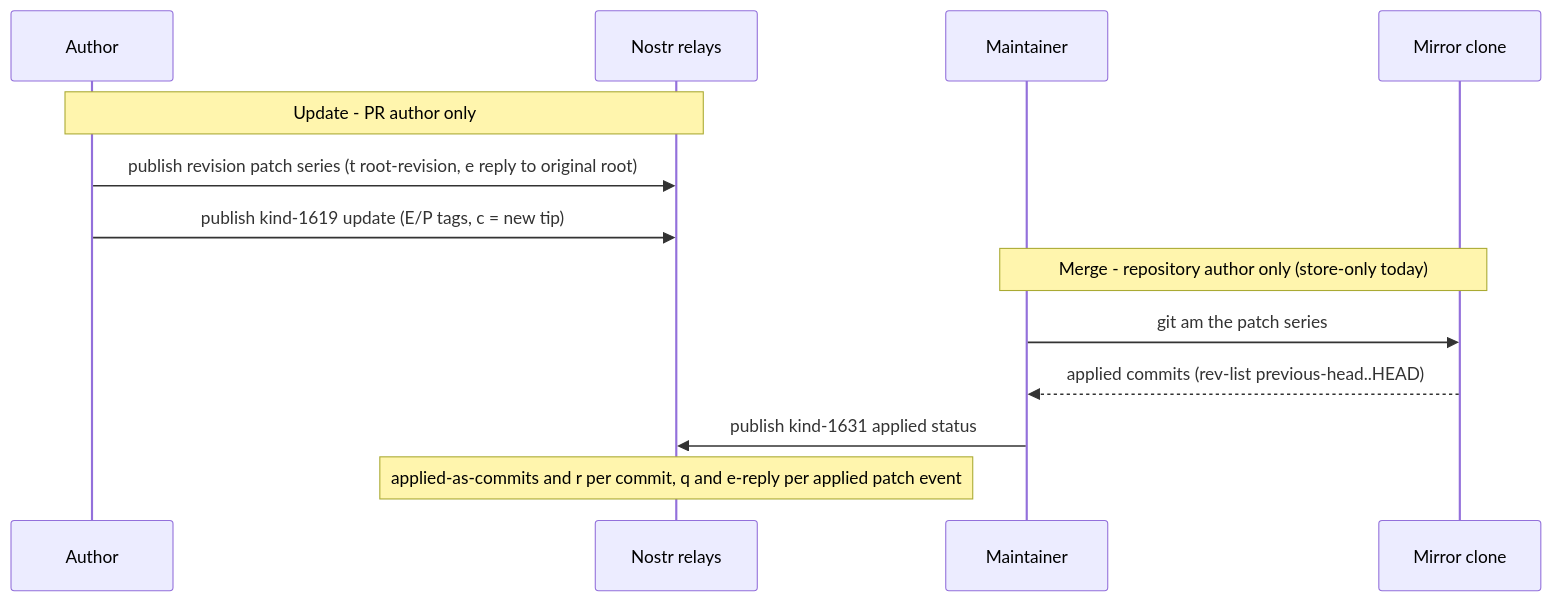
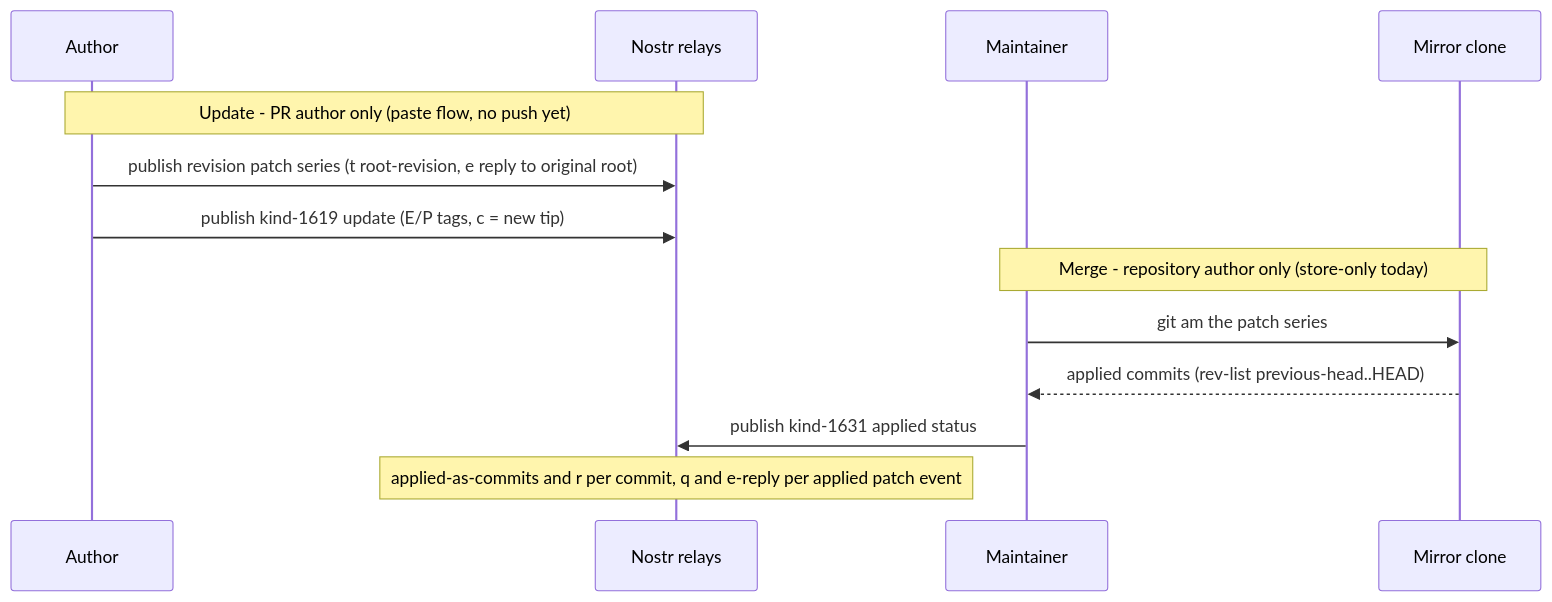
The third of 4 diagrams in docs/PR_FLOW.md (reyakov/signed), drawn with Mermaid before and after one commit. The commit also changed other lines of this file and 84 other files, not shown here.

````diff
--- a/docs/PR_FLOW.md
+++ b/docs/PR_FLOW.md
@@ -96,17 +129,17 @@
 ```mermaid
 sequenceDiagram
     participant Author
     participant Relays as Nostr relays
     participant Maintainer
     participant Clone as Mirror clone
 
-    Note over Author,Relays: Update - PR author only
+    Note over Author,Relays: Update - PR author only (paste flow, no push yet)
     Author->>Relays: publish revision patch series (t root-revision, e reply to original root)
     Author->>Relays: publish kind-1619 update (E/P tags, c = new tip)
 
     Note over Maintainer,Clone: Merge - repository author only (store-only today)
     Maintainer->>Clone: git am the patch series
     Clone-->>Maintainer: applied commits (rev-list previous-head..HEAD)
     Maintainer->>Relays: publish kind-1631 applied status
     Note over Relays: applied-as-commits and r per commit, q and e-reply per applied patch event
 ```
````
